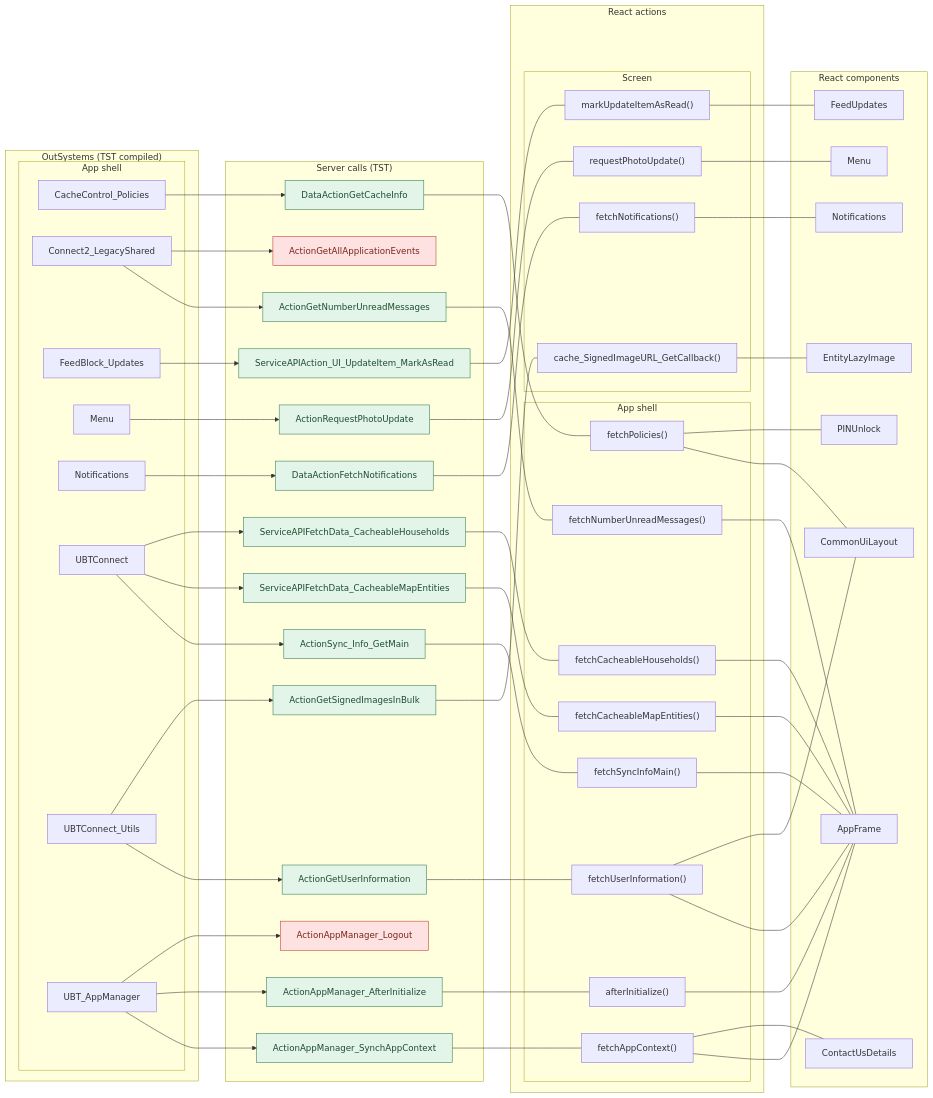
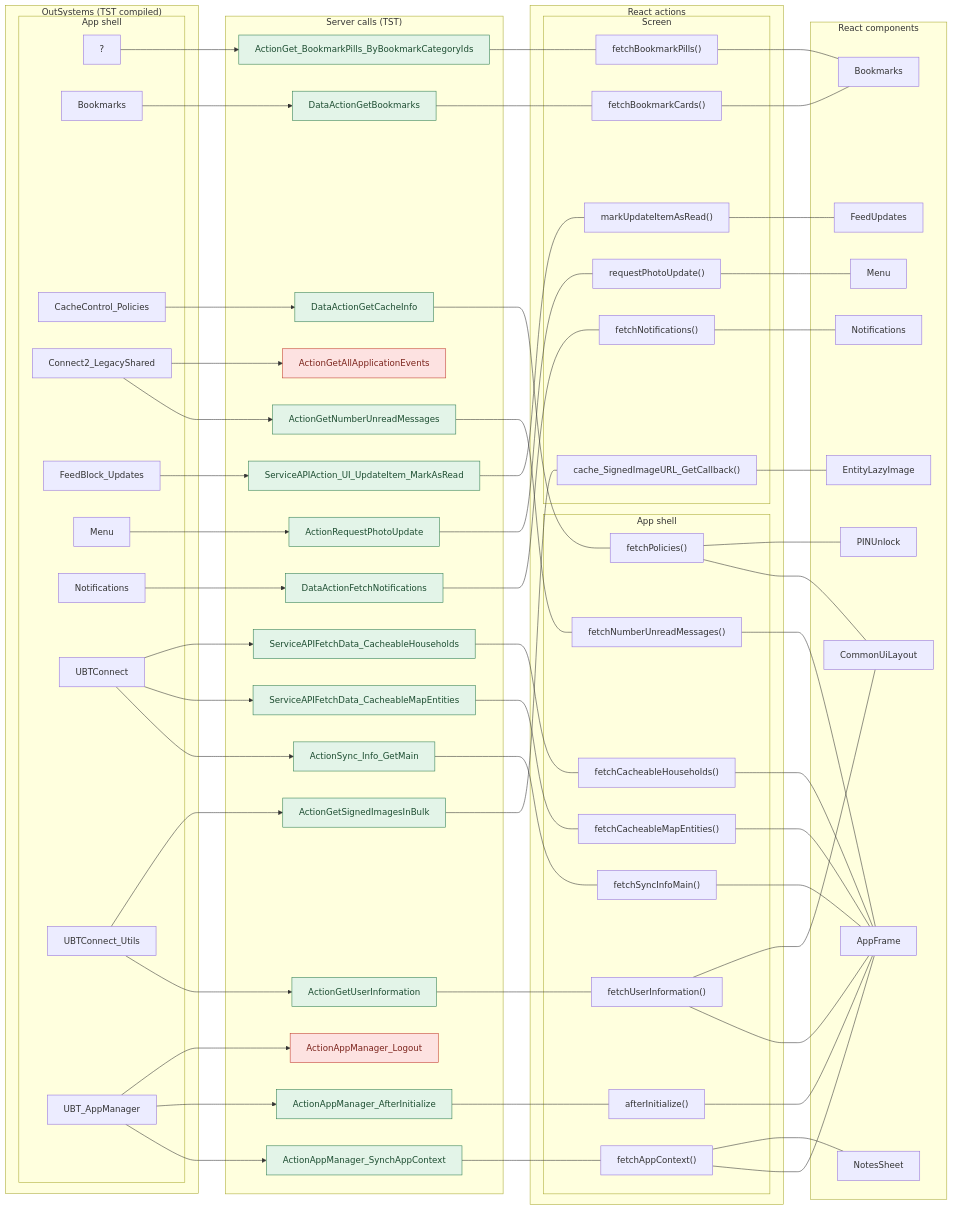
The first of 20 diagrams in route-actions/APP_SHELL.md (Phoenix-DX/connect-new-ui), drawn with Mermaid before and after one commit. The commit also changed other lines of this file and 5 other files, not shown here.

Commit message:
route actions: Bookmarks checked (5 calls, 0 missing, 6 questions); tool: wrapped functions (flow.own, useCallback), rest-element hook results, function props through JSX, hook spreads, route paths returned by a function

````diff
--- a/route-actions/APP_SHELL.md
+++ b/route-actions/APP_SHELL.md
@@ -19,103 +19,116 @@
 flowchart LR
   subgraph OS["OutSystems (TST compiled)"]
     subgraph OS_shell["App shell"]
-      o0["CacheControl_Policies"]
-      o1["Connect2_LegacyShared"]
-      o2["FeedBlock_Updates"]
-      o3["Menu"]
-      o4["Notifications"]
-      o5["UBTConnect"]
-      o6["UBTConnect_Utils"]
-      o7["UBT_AppManager"]
+      o0["?"]
+      o1["Bookmarks"]
+      o2["CacheControl_Policies"]
+      o3["Connect2_LegacyShared"]
+      o4["FeedBlock_Updates"]
+      o5["Menu"]
+      o6["Notifications"]
+      o7["UBTConnect"]
+      o8["UBTConnect_Utils"]
+      o9["UBT_AppManager"]
     end
   end
   subgraph EP["Server calls (TST)"]
-    e8["ActionAppManager_SynchAppContext"]
-    e9["ActionAppManager_AfterInitialize"]
-    e10["ActionSync_Info_GetMain"]
-    e11["ActionGetNumberUnreadMessages"]
-    e12["ServiceAPIFetchData_CacheableMapEntities"]
-    e13["ServiceAPIFetchData_CacheableHouseholds"]
-    e14["ActionGetAllApplicationEvents"]
-    e15["ActionGetUserInformation"]
-    e16["ServiceAPIAction_UI_UpdateItem_MarkAsRead"]
-    e17["ActionRequestPhotoUpdate"]
-    e18["ActionAppManager_Logout"]
-    e19["DataActionFetchNotifications"]
-    e20["DataActionGetCacheInfo"]
-    e21["ActionGetSignedImagesInBulk"]
+    e10["ActionAppManager_SynchAppContext"]
+    e11["DataActionGetBookmarks"]
+    e12["ActionAppManager_AfterInitialize"]
+    e13["ActionSync_Info_GetMain"]
+    e14["ActionGetUserInformation"]
+    e15["ActionGetNumberUnreadMessages"]
+    e16["ServiceAPIFetchData_CacheableMapEntities"]
+    e17["ServiceAPIFetchData_CacheableHouseholds"]
+    e18["ActionGetAllApplicationEvents"]
+    e19["ActionGet_BookmarkPills_ByBookmarkCategoryIds"]
+    e20["ServiceAPIAction_UI_UpdateItem_MarkAsRead"]
+    e21["ActionRequestPhotoUpdate"]
+    e22["ActionAppManager_Logout"]
+    e23["DataActionFetchNotifications"]
+    e24["DataActionGetCacheInfo"]
+    e25["ActionGetSignedImagesInBulk"]
   end
   subgraph RE["React actions"]
     subgraph RE_shell["App shell"]
-      r22["afterInitialize()"]
-      r23["fetchAppContext()"]
-      r24["fetchCacheableHouseholds()"]
-      r25["fetchCacheableMapEntities()"]
-      r26["fetchNumberUnreadMessages()"]
-      r27["fetchPolicies()"]
-      r28["fetchSyncInfoMain()"]
-      r29["fetchUserInformation()"]
+      r26["afterInitialize()"]
+      r27["fetchAppContext()"]
+      r28["fetchCacheableHouseholds()"]
+      r29["fetchCacheableMapEntities()"]
+      r30["fetchNumberUnreadMessages()"]
+      r31["fetchPolicies()"]
+      r32["fetchSyncInfoMain()"]
+      r33["fetchUserInformation()"]
     end
     subgraph RE_page["Screen"]
-      r30["cache_SignedImageURL_GetCallback()"]
-      r31["fetchNotifications()"]
-      r32["markUpdateItemAsRead()"]
-      r33["requestPhotoUpdate()"]
+      r34["cache_SignedImageURL_GetCallback()"]
+      r35["fetchBookmarkCards()"]
+      r36["fetchBookmarkPills()"]
+      r37["fetchNotifications()"]
+      r38["markUpdateItemAsRead()"]
+      r39["requestPhotoUpdate()"]
     end
   end
   subgraph RC["React components"]
-    c34["AppFrame"]
-    c35["CommonUiLayout"]
-    c36["ContactUsDetails"]
-    c37["EntityLazyImage"]
-    c38["FeedUpdates"]
-    c39["Menu"]
-    c40["Notifications"]
-    c41["PINUnlock"]
+    c40["AppFrame"]
+    c41["Bookmarks"]
+    c42["CommonUiLayout"]
+    c43["EntityLazyImage"]
+    c44["FeedUpdates"]
+    c45["Menu"]
+    c46["NotesSheet"]
+    c47["Notifications"]
+    c48["PINUnlock"]
   end
-  r22 --- c34
-  r23 --- c34
-  r24 --- c34
-  r25 --- c34
-  r26 --- c34
-  r28 --- c34
-  r29 --- c34
-  r23 --- c36
-  r27 --- c35
-  r29 --- c35
-  r32 --- c38
-  r33 --- c39
-  r31 --- c40
-  r27 --- c41
-  r30 --- c37
-  o7 --> e8
-  o7 --> e9
-  o7 --> e18
-  o5 --> e10
-  o5 --> e12
-  o5 --> e13
+  r26 --- c40
+  r27 --- c40
+  r28 --- c40
+  r29 --- c40
+  r30 --- c40
+  r32 --- c40
+  r33 --- c40
+  r27 --- c46
+  r35 --- c41
+  r36 --- c41
+  r31 --- c42
+  r33 --- c42
+  r38 --- c44
+  r39 --- c45
+  r37 --- c47
+  r31 --- c48
+  r34 --- c43
+  o9 --> e10
+  o9 --> e12
+  o9 --> e22
   o1 --> e11
-  o1 --> e14
-  o6 --> e15
-  o6 --> e21
-  o2 --> e16
-  o3 --> e17
-  o4 --> e19
-  o0 --> e20
-  e8 --- r23
-  e9 --- r22
-  e10 --- r28
-  e11 --- r26
-  e12 --- r25
-  e13 --- r24
-  e15 --- r29
-  e16 --- r32
-  e17 --- r33
-  e19 --- r31
-  e20 --- r27
-  e21 --- r30
+  o7 --> e13
+  o7 --> e16
+  o7 --> e17
+  o8 --> e14
+  o8 --> e25
+  o3 --> e15
+  o3 --> e18
+  o0 --> e19
+  o4 --> e20
+  o5 --> e21
+  o6 --> e23
+  o2 --> e24
+  e10 --- r27
+  e11 --- r35
+  e12 --- r26
+  e13 --- r32
+  e14 --- r33
+  e15 --- r30
+  e16 --- r29
+  e17 --- r28
+  e19 --- r36
+  e20 --- r38
+  e21 --- r39
+  e23 --- r37
+  e24 --- r31
+  e25 --- r34
   classDef missing fill:#fde2e1,stroke:#c0392b,color:#7b241c
   classDef ok fill:#e3f4e8,stroke:#2e7d4f,color:#1d4d31
-  class e14,e18 missing
-  class e8,e9,e10,e11,e12,e13,e15,e16,e17,e19,e20,e21 ok
+  class e18,e22 missing
+  class e10,e11,e12,e13,e14,e15,e16,e17,e19,e20,e21,e23,e24,e25 ok
 ```
````
